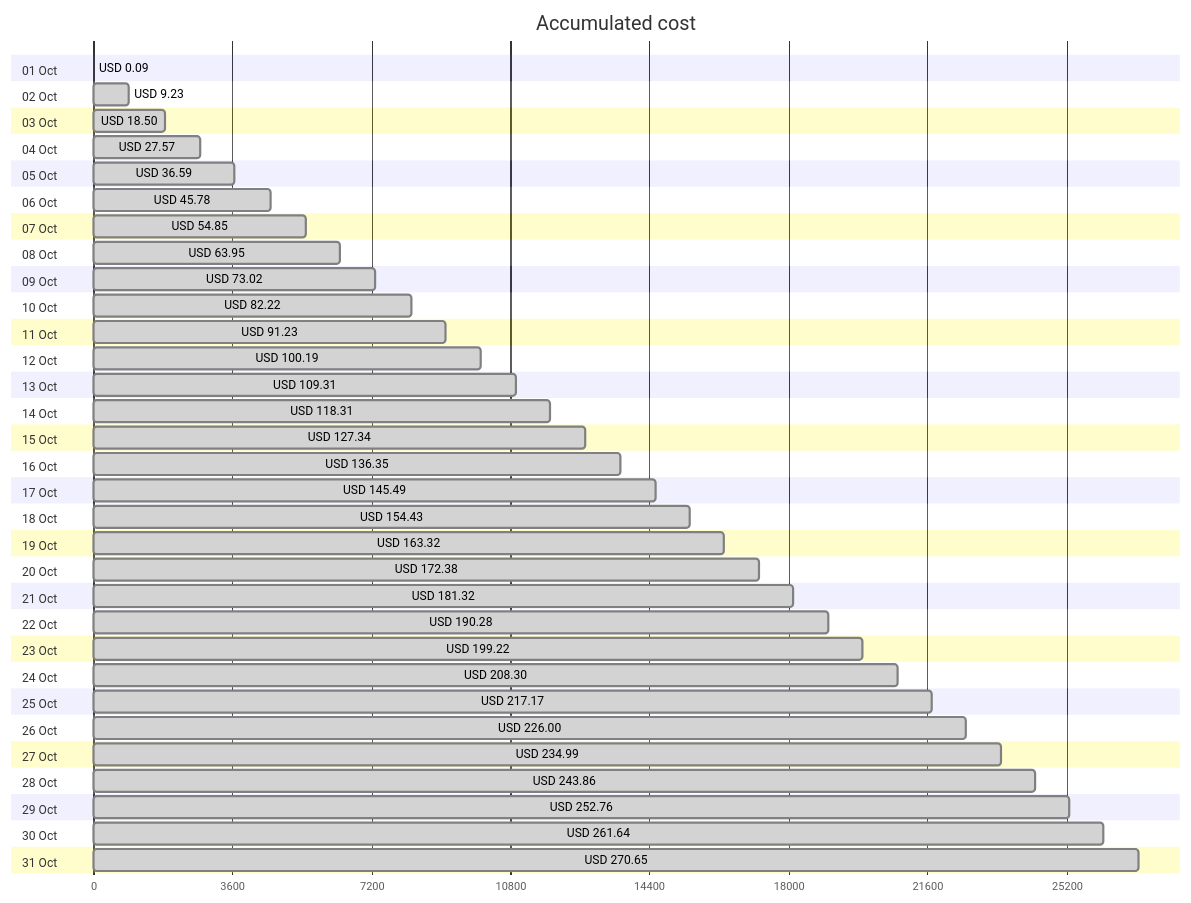
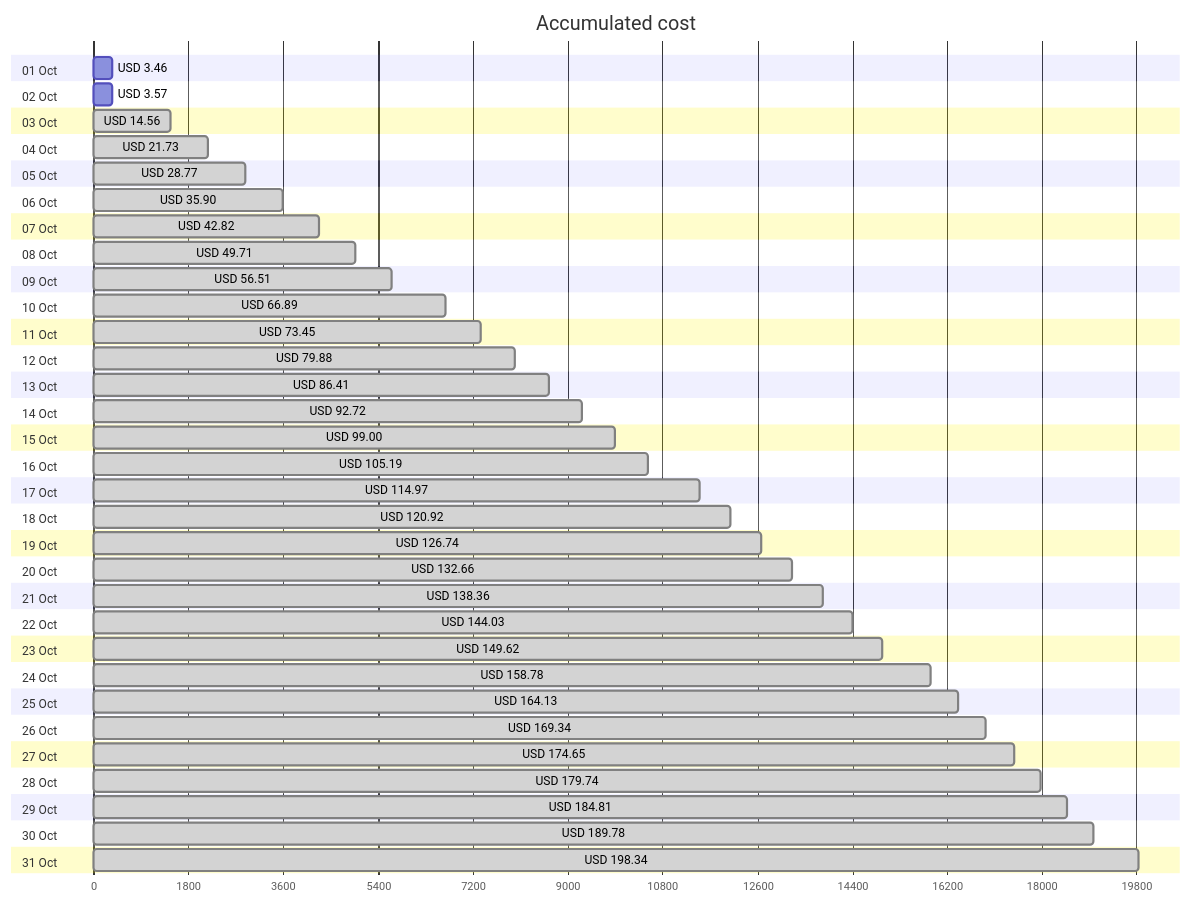
Before and after one commit to jpfulton/azure-personal-reports: the first of 4 diagrams in cost-reports/accumulated-cost.md, drawn with Mermaid. The commit also changed other lines of this file and 4 other files, not shown here.

````diff
--- a/cost-reports/accumulated-cost.md
+++ b/cost-reports/accumulated-cost.md
@@ -20,68 +20,68 @@
 ```mermaid
 gantt
    title Accumulated cost
    dateFormat  X
    axisFormat %s
    section 01 Oct
-   USD 0.09 :0, 9
+   USD 3.46 :0, 346
    section 02 Oct
-   USD 9.23 : done, 0, 923
+   USD 3.57 :0, 357
    section 03 Oct
-   USD 18.50 : done, 0, 1850
+   USD 14.56 : done, 0, 1456
    section 04 Oct
-   USD 27.57 : done, 0, 2757
+   USD 21.73 : done, 0, 2173
    section 05 Oct
-   USD 36.59 : done, 0, 3659
+   USD 28.77 : done, 0, 2877
    section 06 Oct
-   USD 45.78 : done, 0, 4578
+   USD 35.90 : done, 0, 3590
    section 07 Oct
-   USD 54.85 : done, 0, 5485
+   USD 42.82 : done, 0, 4282
    section 08 Oct
-   USD 63.95 : done, 0, 6395
+   USD 49.71 : done, 0, 4971
    section 09 Oct
-   USD 73.02 : done, 0, 7302
+   USD 56.51 : done, 0, 5651
    section 10 Oct
-   USD 82.22 : done, 0, 8222
+   USD 66.89 : done, 0, 6689
    section 11 Oct
-   USD 91.23 : done, 0, 9123
+   USD 73.45 : done, 0, 7345
    section 12 Oct
-   USD 100.19 : done, 0, 10019
+   USD 79.88 : done, 0, 7988
    section 13 Oct
-   USD 109.31 : done, 0, 10931
+   USD 86.41 : done, 0, 8641
    section 14 Oct
-   USD 118.31 : done, 0, 11831
+   USD 92.72 : done, 0, 9272
    section 15 Oct
-   USD 127.34 : done, 0, 12734
+   USD 99.00 : done, 0, 9900
    section 16 Oct
-   USD 136.35 : done, 0, 13635
+   USD 105.19 : done, 0, 10519
    section 17 Oct
-   USD 145.49 : done, 0, 14549
+   USD 114.97 : done, 0, 11497
    section 18 Oct
-   USD 154.43 : done, 0, 15443
+   USD 120.92 : done, 0, 12092
    section 19 Oct
-   USD 163.32 : done, 0, 16332
+   USD 126.74 : done, 0, 12674
    section 20 Oct
-   USD 172.38 : done, 0, 17238
+   USD 132.66 : done, 0, 13266
    section 21 Oct
-   USD 181.32 : done, 0, 18132
+   USD 138.36 : done, 0, 13836
    section 22 Oct
-   USD 190.28 : done, 0, 19028
+   USD 144.03 : done, 0, 14403
    section 23 Oct
-   USD 199.22 : done, 0, 19922
+   USD 149.62 : done, 0, 14962
    section 24 Oct
-   USD 208.30 : done, 0, 20830
+   USD 158.78 : done, 0, 15878
    section 25 Oct
-   USD 217.17 : done, 0, 21717
+   USD 164.13 : done, 0, 16413
    section 26 Oct
-   USD 226.00 : done, 0, 22600
+   USD 169.34 : done, 0, 16934
    section 27 Oct
-   USD 234.99 : done, 0, 23499
+   USD 174.65 : done, 0, 17465
    section 28 Oct
-   USD 243.86 : done, 0, 24386
+   USD 179.74 : done, 0, 17974
    section 29 Oct
-   USD 252.76 : done, 0, 25276
+   USD 184.81 : done, 0, 18481
    section 30 Oct
-   USD 261.64 : done, 0, 26164
+   USD 189.78 : done, 0, 18978
    section 31 Oct
-   USD 270.65 : done, 0, 27065
+   USD 198.34 : done, 0, 19834
 ```
````
